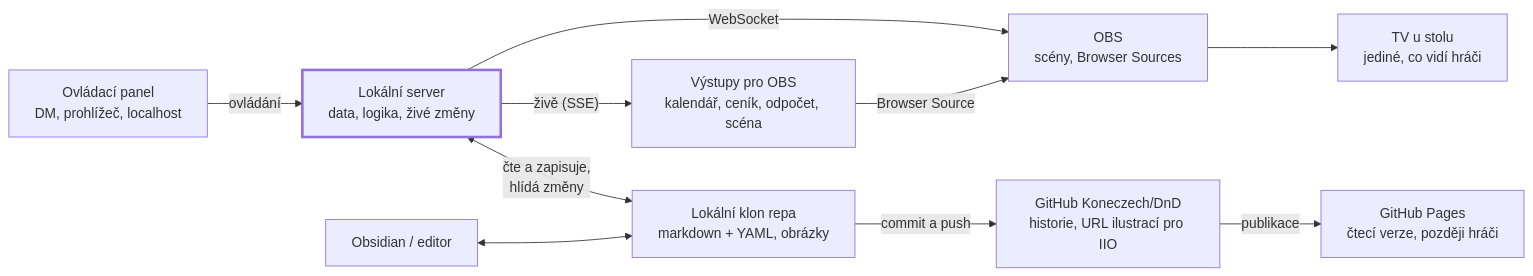
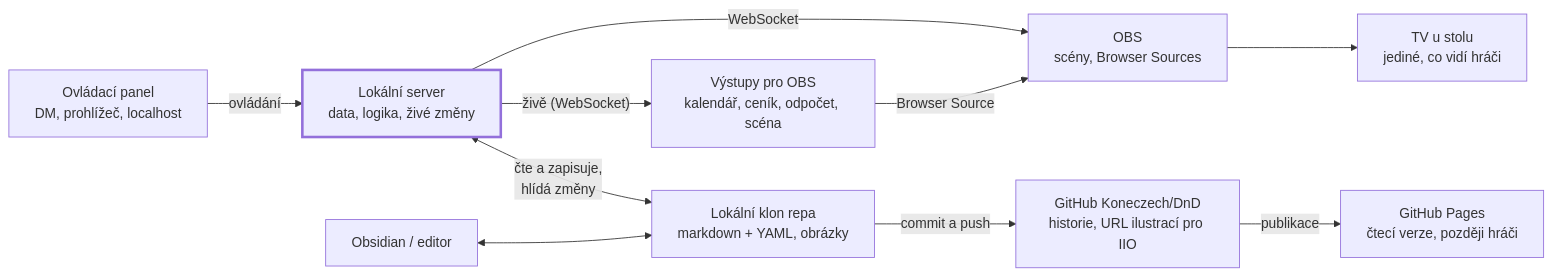
One commit to Koneczech/DnD changed the diagram in ZADANI.md. Above: the diagram before and after it, drawn with Mermaid. The commit also changed other lines of this file and 1 other file, not shown here.

First line of the commit message:
Zadání po auditu: WebSocket, otevřené body 45–51; opakování uložení po Ukončit

````diff
--- a/ZADANI.md
+++ b/ZADANI.md
@@ -85,24 +85,24 @@
 ```mermaid
 flowchart LR
     panel["Ovládací panel<br/>DM, prohlížeč, localhost"]
     server["Lokální server<br/>data, logika, živé změny"]
     vystupy["Výstupy pro OBS<br/>kalendář, ceník, odpočet, scéna"]
     klon["Lokální klon repa<br/>markdown + YAML, obrázky"]
     obs["OBS<br/>scény, Browser Sources"]
     tv["TV u stolu<br/>jediné, co vidí hráči"]
     github["GitHub Koneczech/DnD<br/>historie, URL ilustrací pro IIO"]
     pages["GitHub Pages<br/>čtecí verze, později hráči"]
     obsidian["Obsidian / editor"]
 
     panel -- ovládání --> server
-    server -- "živě (SSE)" --> vystupy
+    server -- "živě (WebSocket)" --> vystupy
     server -- WebSocket --> obs
     vystupy -- Browser Source --> obs
     obs --> tv
     server <-- "čte a zapisuje,<br/>hlídá změny" --> klon
     obsidian <--> klon
     klon -- "commit a push" --> github
     github -- publikace --> pages
 
     style server stroke-width:3px
 ```
````
